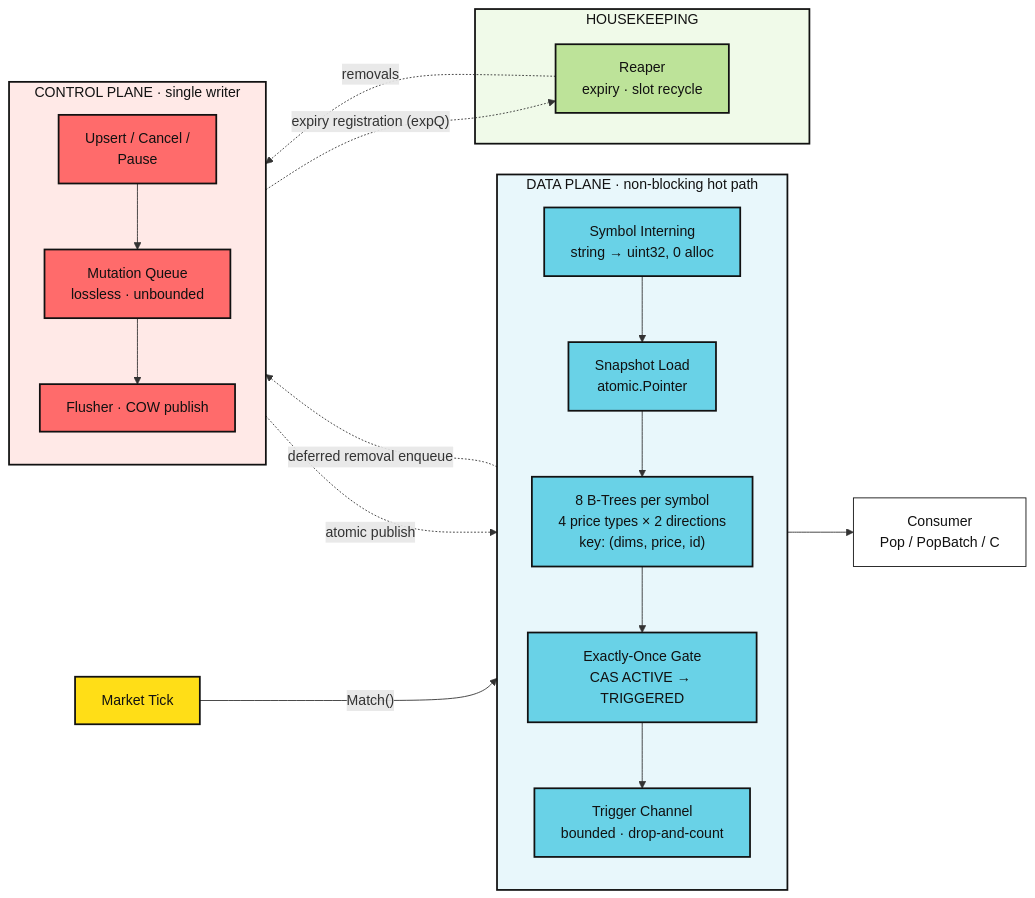
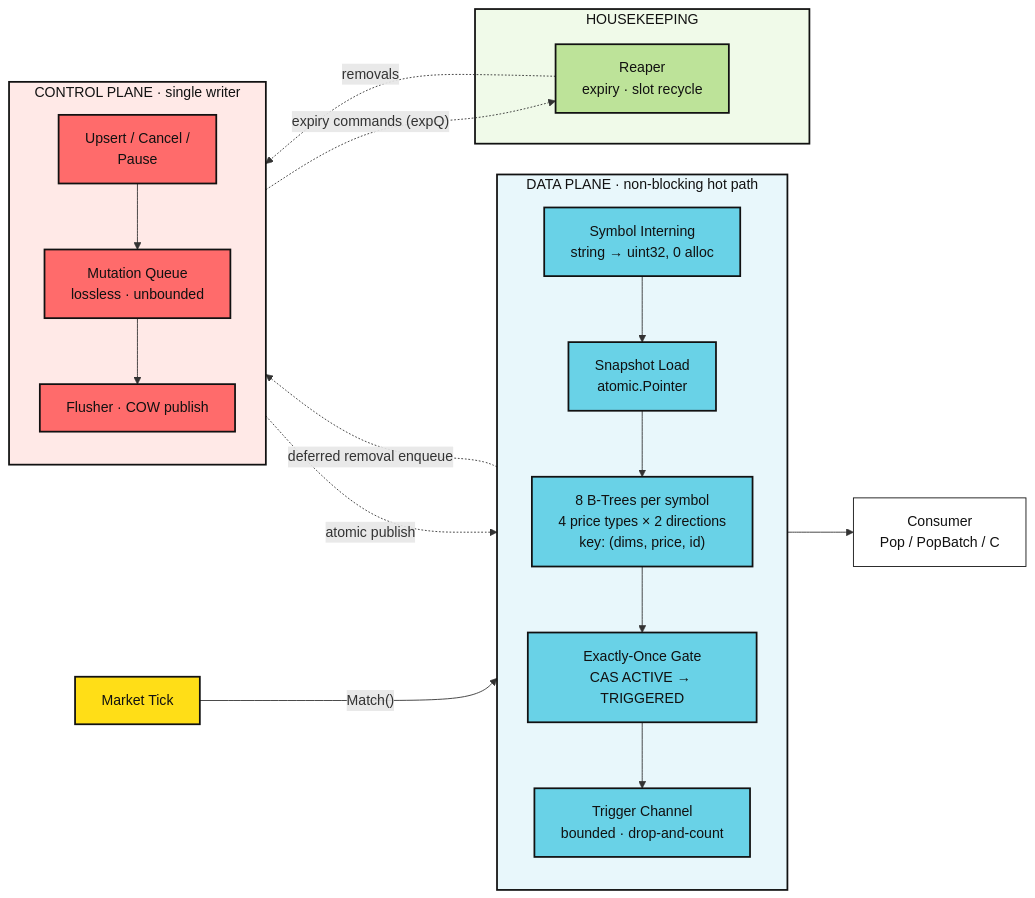
One commit to emirakts0/chrono-tree changed the diagram in README.md. Above: the diagram before and after it, drawn with Mermaid. The commit also changed other lines of this file and 2 other files, not shown here.

Commit message:
docs(readme): lossless expiry-command queue and eager deregistration

````diff
--- a/README.md
+++ b/README.md
@@ -42,51 +42,51 @@
 ```mermaid
 flowchart LR
     T["Market Tick"]
 
     subgraph DP["DATA PLANE · non-blocking hot path"]
         direction TB
         IN["Symbol Interning<br/>string → uint32, 0 alloc"]
         SNAP["Snapshot Load<br/>atomic.Pointer"]
         TREES["8 B-Trees per symbol<br/>4 price types × 2 directions<br/>key: (dims, price, id)"]
         CAS["Exactly-Once Gate<br/>CAS ACTIVE → TRIGGERED"]
         RING["Trigger Channel<br/>bounded · drop-and-count"]
         IN --> SNAP --> TREES --> CAS --> RING
     end
 
     subgraph CP["CONTROL PLANE · single writer"]
         direction TB
         API["Upsert / Cancel /<br/>Pause"]
         MQ["Mutation Queue<br/>lossless · unbounded"]
         FL["Flusher · COW publish"]
         API --> MQ --> FL
     end
 
     subgraph HK["HOUSEKEEPING"]
         RP["Reaper<br/>expiry · slot recycle"]
     end
 
     OUT["Consumer<br/>Pop / PopBatch / C"]
 
     T -- "Match()" --> IN
     RING --> OUT
     FL -. "atomic publish" .-> SNAP
     RP -. "removals" .-> MQ
     CAS -. "deferred removal enqueue" .-> MQ
-    API -. "expiry registration (expQ)" .-> RP
+    API -. "expiry commands (expQ)" .-> RP
 
     classDef input fill:#FFDE17,stroke:#111,stroke-width:2px,color:#111
     classDef data fill:#69D2E7,stroke:#111,stroke-width:2px,color:#111
     classDef control fill:#FF6B6B,stroke:#111,stroke-width:2px,color:#111
     classDef house fill:#BDE399,stroke:#111,stroke-width:2px,color:#111
     classDef comp fill:#ffffff,stroke:#111,stroke-width:1px,color:#111
 
     class T input
     class IN,SNAP,TREES,CAS,RING data
     class API,MQ,FL control
     class RP house
     class OUT comp
 
     style DP fill:#E8F7FB,stroke:#111,stroke-width:2px,color:#111
     style CP fill:#FFE9E7,stroke:#111,stroke-width:2px,color:#111
     style HK fill:#F0FAE9,stroke:#111,stroke-width:2px,color:#111
 ```
````
